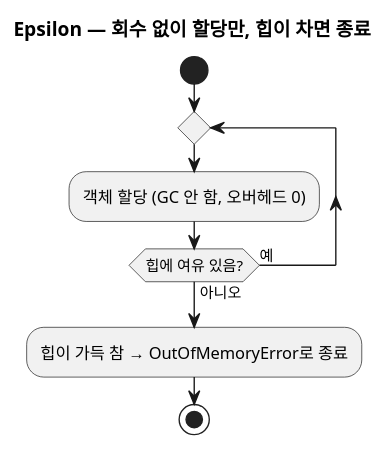
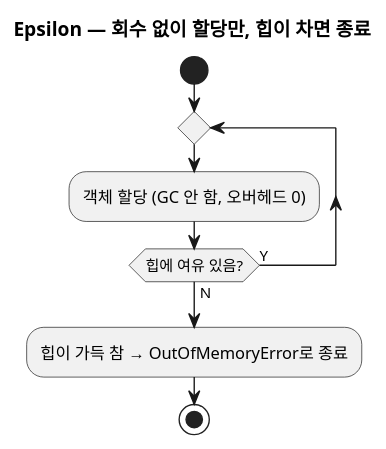
The ninth of 10 diagrams in blog/2026-08-18-java-gc-types.mdx (johnycho/johny-dev), drawn with PlantUML before and after one commit. The commit also changed other lines of this file and 70 other files, not shown here.

````diff
--- a/blog/2026-08-18-java-gc-types.mdx
+++ b/blog/2026-08-18-java-gc-types.mdx
@@ -331,11 +331,11 @@
 ```plantuml
 @startuml
 title Epsilon — 회수 없이 할당만, 힙이 차면 종료
 start
 repeat
   :객체 할당 (GC 안 함, 오버헤드 0);
-repeat while (힙에 여유 있음?) is (예) not (아니오)
+repeat while (힙에 여유 있음?) is (Y) not (N)
 :힙이 가득 참 → OutOfMemoryError로 종료;
 stop
 @enduml
 ```
````
